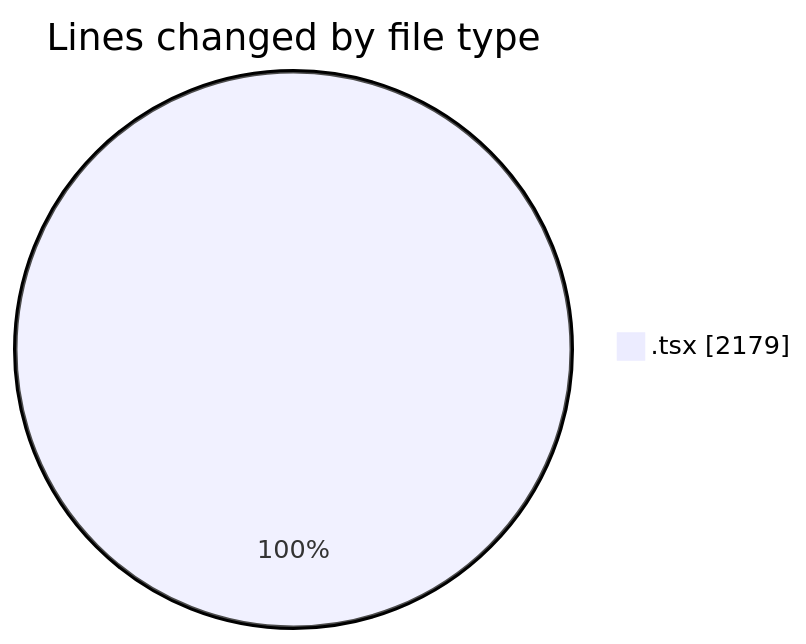
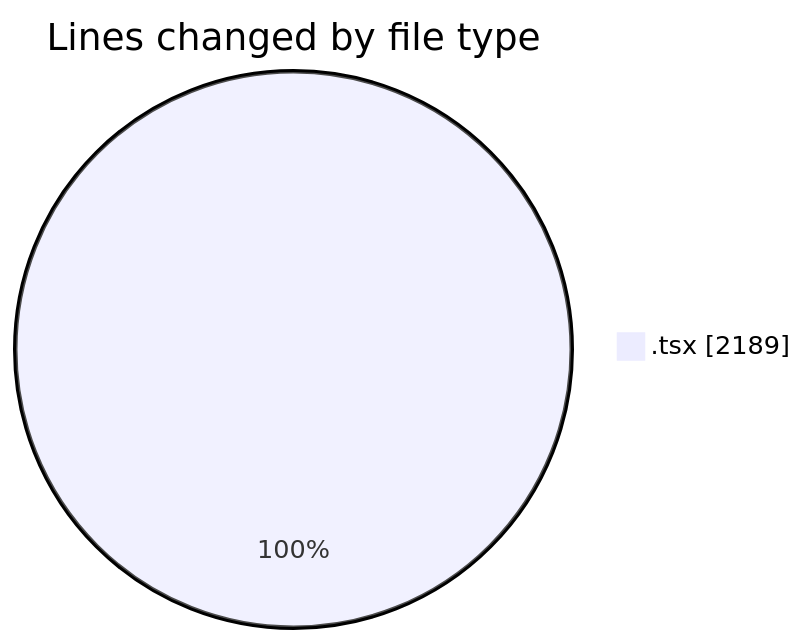
Before and after one commit to momahboobian/code-tracking: the first of 2 diagrams in 2025-06-12/cda/README.md, drawn with Mermaid. The commit also changed other lines of this file and 1 other file, not shown here.

````diff
--- a/2025-06-12/cda/README.md
+++ b/2025-06-12/cda/README.md
@@ -23,5 +23,5 @@
 ```mermaid
 pie showData
 title Lines changed by file type
-".tsx" : 2179
+".tsx" : 2189
 ```
````
